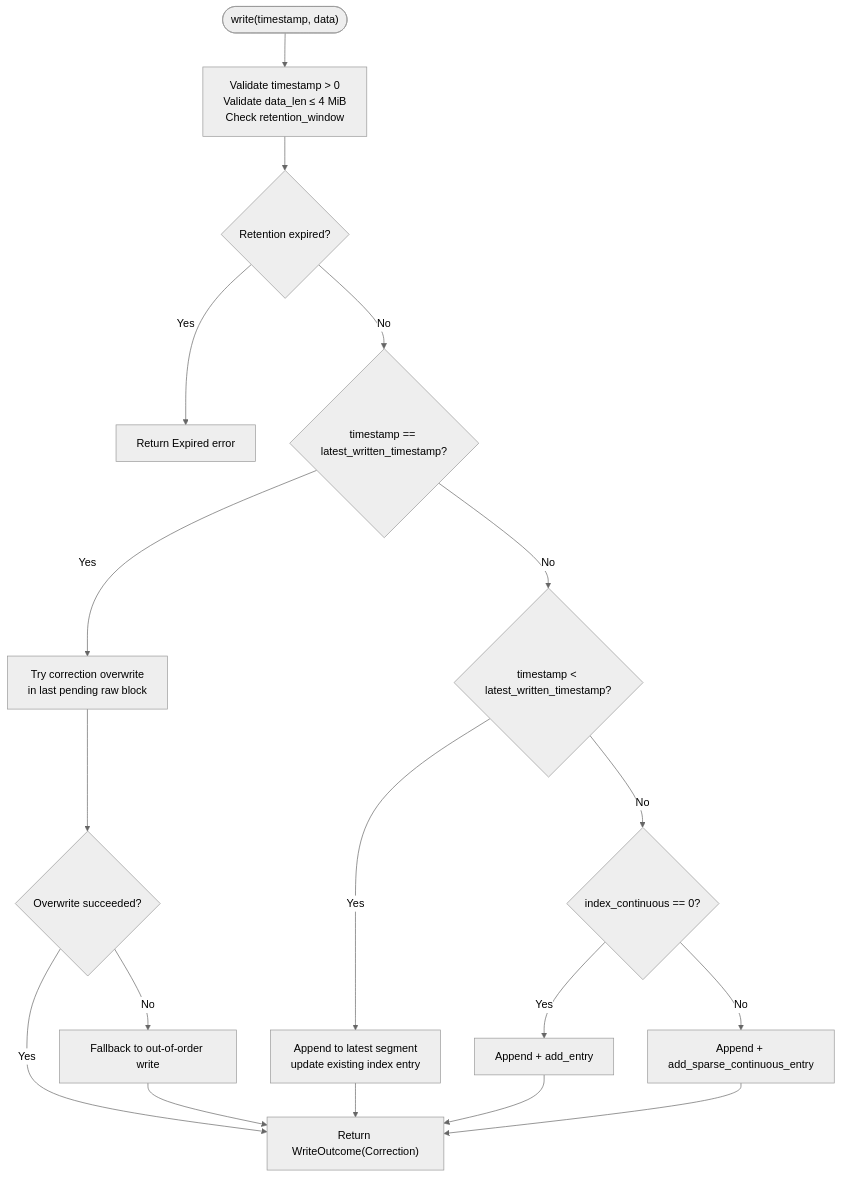
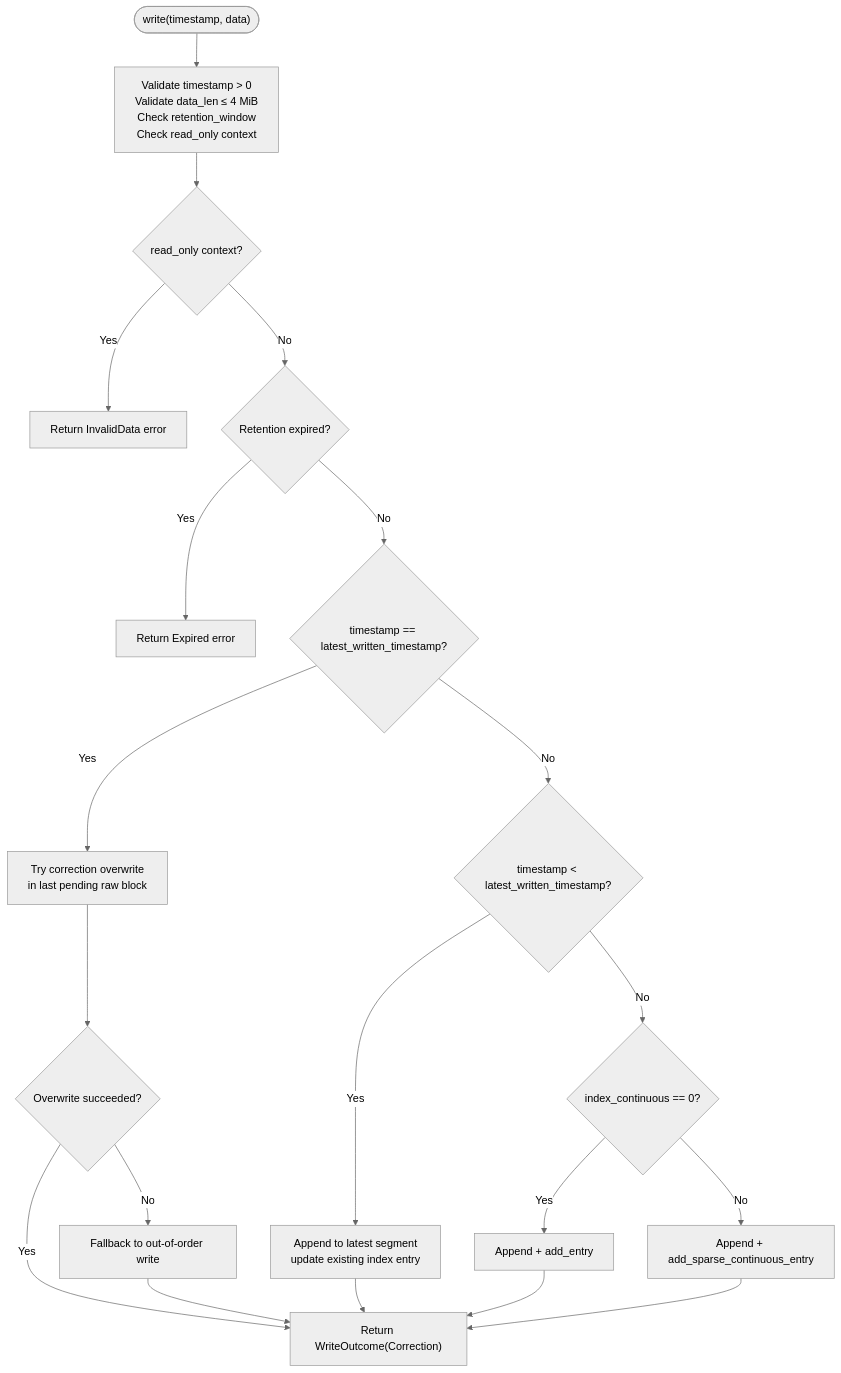
One commit to snower/timslite changed the third of 5 diagrams in .qoder/repowiki/en/content/API Reference/Rust API/Dataset Operations.md. Above: the diagram before and after it, drawn with Mermaid (neutral theme). The commit also changed other lines of this file and 35 other files, not shown here.

````diff
--- a/.qoder/repowiki/en/content/API Reference/Rust API/Dataset Operations.md
+++ b/.qoder/repowiki/en/content/API Reference/Rust API/Dataset Operations.md
@@ -179,20 +205,22 @@
 ```mermaid
 flowchart TD
-Start(["write(timestamp, data)"]) --> Validate["Validate timestamp > 0<br/>Validate data_len ≤ 4 MiB<br/>Check retention_window"]
-Validate --> RetExpired{"Retention expired?"}
+Start(["write(timestamp, data)"]) --> Validate["Validate timestamp > 0<br/>Validate data_len ≤ 4 MiB<br/>Check retention_window<br/>Check read_only context"]
+Validate --> ReadOnly{"read_only context?"}
+ReadOnly --> |Yes| ErrReadOnly["Return InvalidData error"]
+ReadOnly --> |No| RetExpired{"Retention expired?"}
 RetExpired --> |Yes| ErrExpired["Return Expired error"]
 RetExpired --> |No| SameTs{"timestamp == latest_written_timestamp?"}
 SameTs --> |Yes| TryCorrect["Try correction overwrite<br/>in last pending raw block"]
 TryCorrect --> CorrectOK{"Overwrite succeeded?"}
 CorrectOK --> |Yes| Done["Return WriteOutcome(Correction)"]
 CorrectOK --> |No| FallbackOOO["Fallback to out-of-order write"]
 FallbackOOO --> Done
 SameTs --> |No| Older{"timestamp < latest_written_timestamp?"}
 Older --> |Yes| OutOfOrder["Append to latest segment<br/>update existing index entry"]
 Older --> |No| Mode{"index_continuous == 0?"}
 Mode --> |Yes| NormalNonCont["Append + add_entry"]
 Mode --> |No| SparseFiller["Append + add_sparse_continuous_entry"]
 OutOfOrder --> Done
 NormalNonCont --> Done
 SparseFiller --> Done
 ```
````
